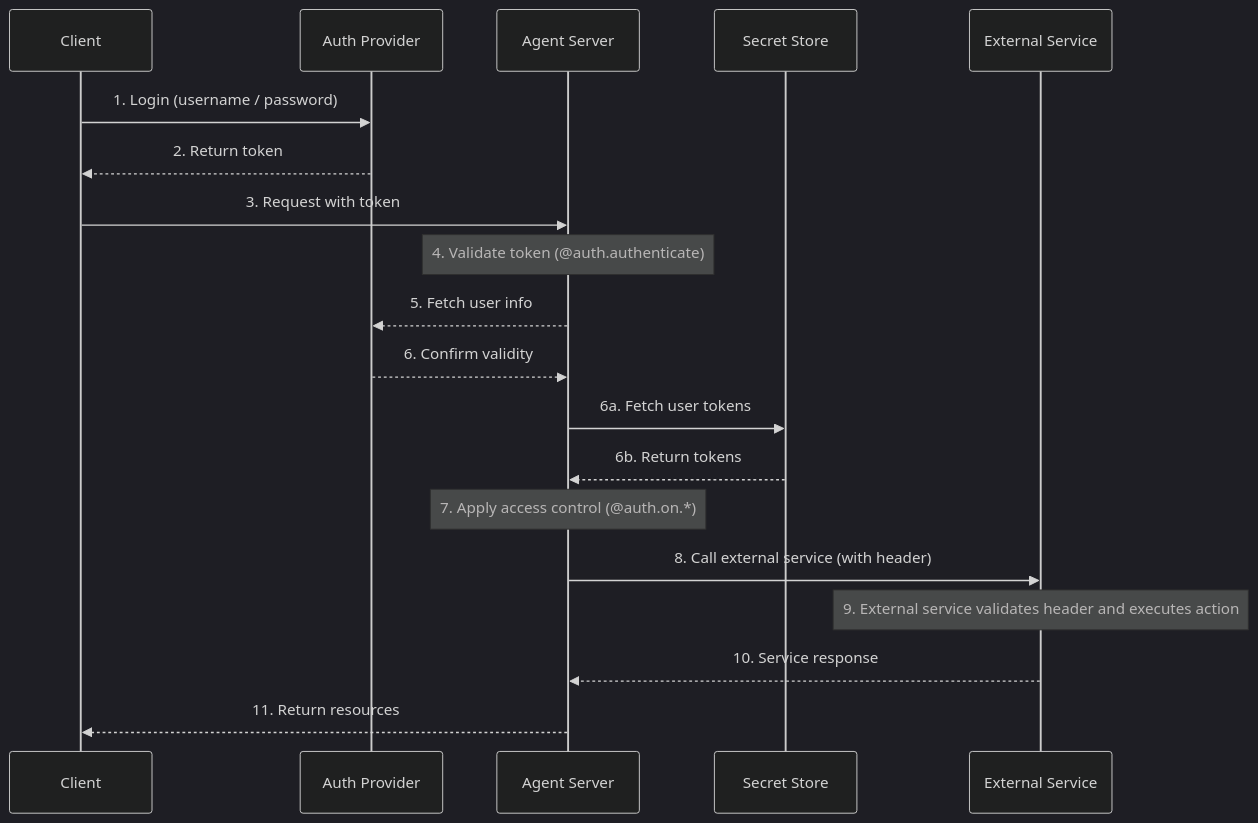
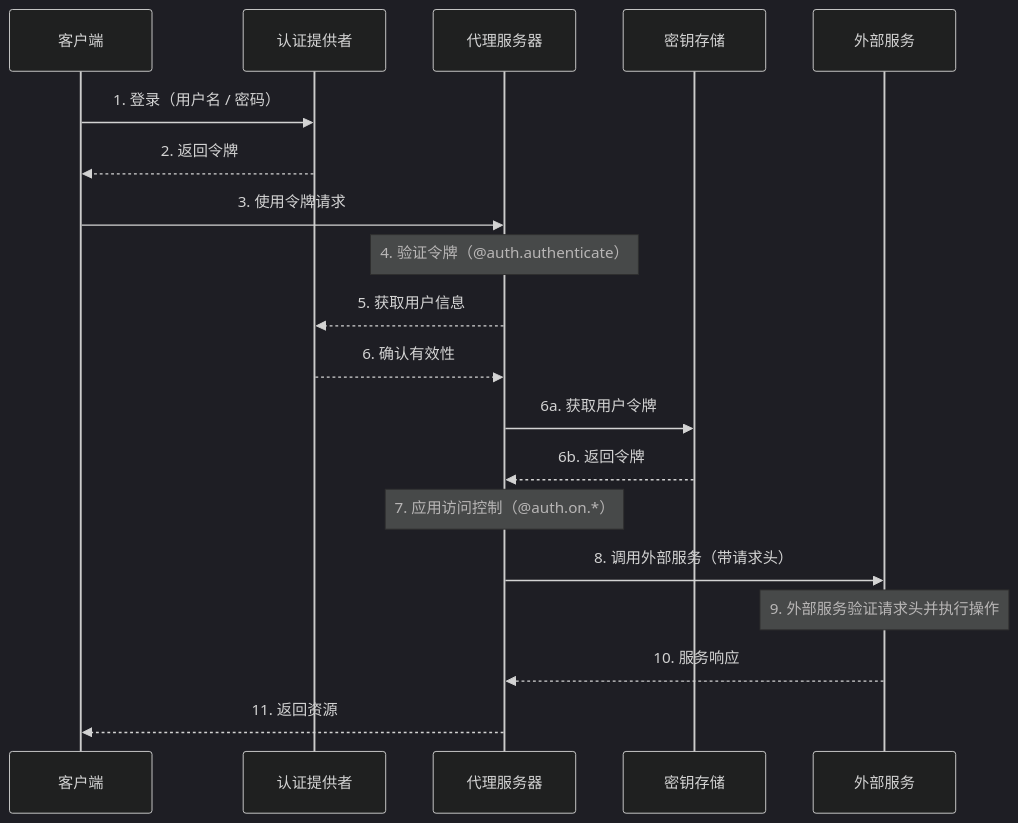
The second of 2 diagrams in langsmith/auth.mdx (kunfan96/cndocs-langchain), drawn with Mermaid (dark theme) before and after one commit. The commit also changed other lines of this file and 2498 other files, not shown here.

````diff
--- a/langsmith/auth.mdx
+++ b/langsmith/auth.mdx
@@ -141,32 +140,32 @@
 ```mermaid actions={false}
 sequenceDiagram
-  %% Actors
-  participant ClientApp as Client
-  participant AuthProv  as Auth Provider
-  participant LangGraph as Agent Server
-  participant SecretStore as Secret Store
-  participant ExternalService as External Service
+  %% 参与者
+  participant ClientApp as 客户端
+  participant AuthProv  as 认证提供者
+  participant LangGraph as 代理服务器
+  participant SecretStore as 密钥存储
+  participant ExternalService as 外部服务
 
-  %% Platform login / AuthN
-  ClientApp  ->> AuthProv: 1. Login (username / password)
-  AuthProv   -->> ClientApp: 2. Return token
-  ClientApp  ->> LangGraph: 3. Request with token
+  %% 平台登录 / 认证
+  ClientApp  ->> AuthProv: 1. 登录（用户名 / 密码）
+  AuthProv   -->> ClientApp: 2. 返回令牌
+  ClientApp  ->> LangGraph: 3. 使用令牌请求
 
-  Note over LangGraph: 4. Validate token (@auth.authenticate)
-  LangGraph  -->> AuthProv: 5. Fetch user info
-  AuthProv   -->> LangGraph: 6. Confirm validity
+  Note over LangGraph: 4. 验证令牌（@auth.authenticate）
+  LangGraph  -->> AuthProv: 5. 获取用户信息
+  AuthProv   -->> LangGraph: 6. 确认有效性
 
-  %% Fetch user tokens from secret store
-  LangGraph  ->> SecretStore: 6a. Fetch user tokens
-  SecretStore -->> LangGraph: 6b. Return tokens
+  %% 从密钥存储获取用户令牌
+  LangGraph  ->> SecretStore: 6a. 获取用户令牌
+  SecretStore -->> LangGraph: 6b. 返回令牌
 
-  Note over LangGraph: 7. Apply access control (@auth.on.*)
+  Note over LangGraph: 7. 应用访问控制（@auth.on.*）
 
-  %% External Service round-trip
-  LangGraph  ->> ExternalService: 8. Call external service (with header)
-  Note over ExternalService: 9. External service validates header and executes action
-  ExternalService  -->> LangGraph: 10. Service response
+  %% 外部服务往返
+  LangGraph  ->> ExternalService: 8. 调用外部服务（带请求头）
+  Note over ExternalService: 9. 外部服务验证请求头并执行操作
+  ExternalService  -->> LangGraph: 10. 服务响应
 
-  %% Return to caller
-  LangGraph  -->> ClientApp: 11. Return resources
+  %% 返回给调用者
+  LangGraph  -->> ClientApp: 11. 返回资源
 ```
````
